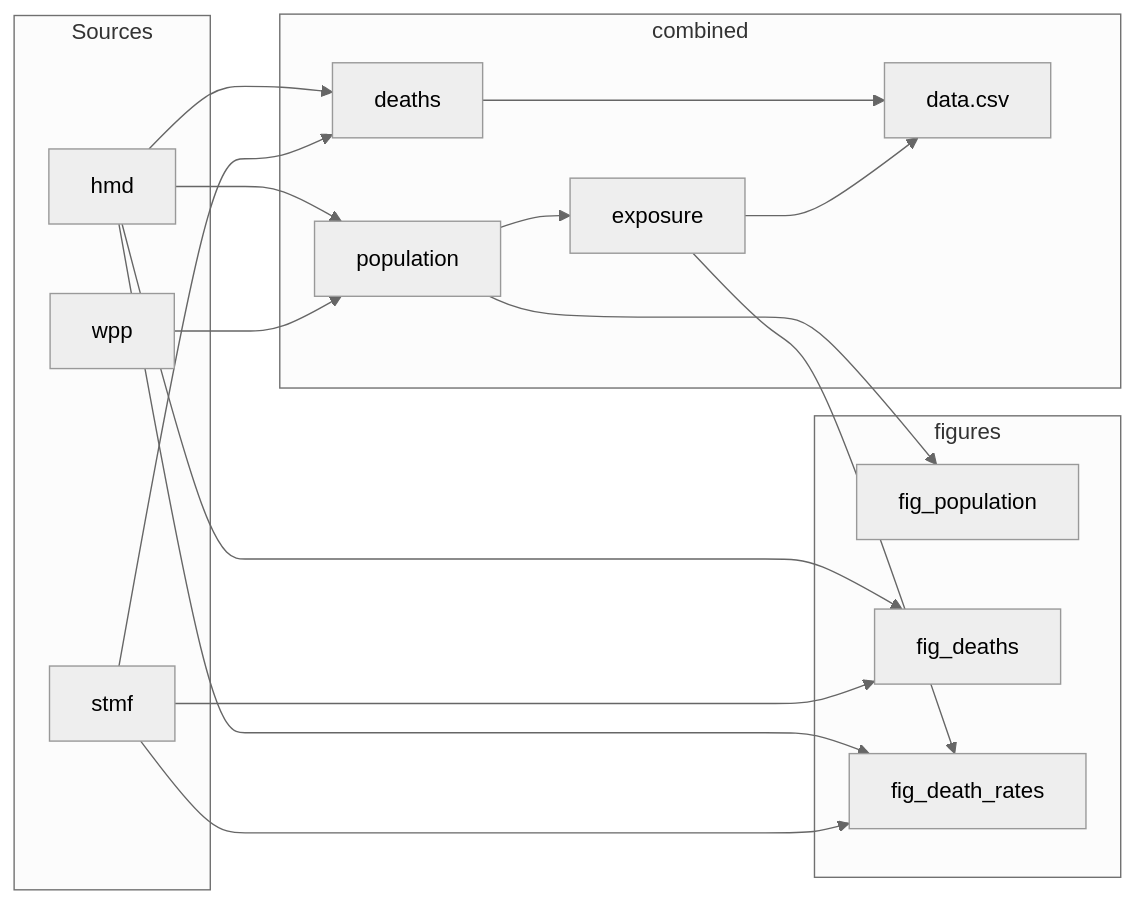
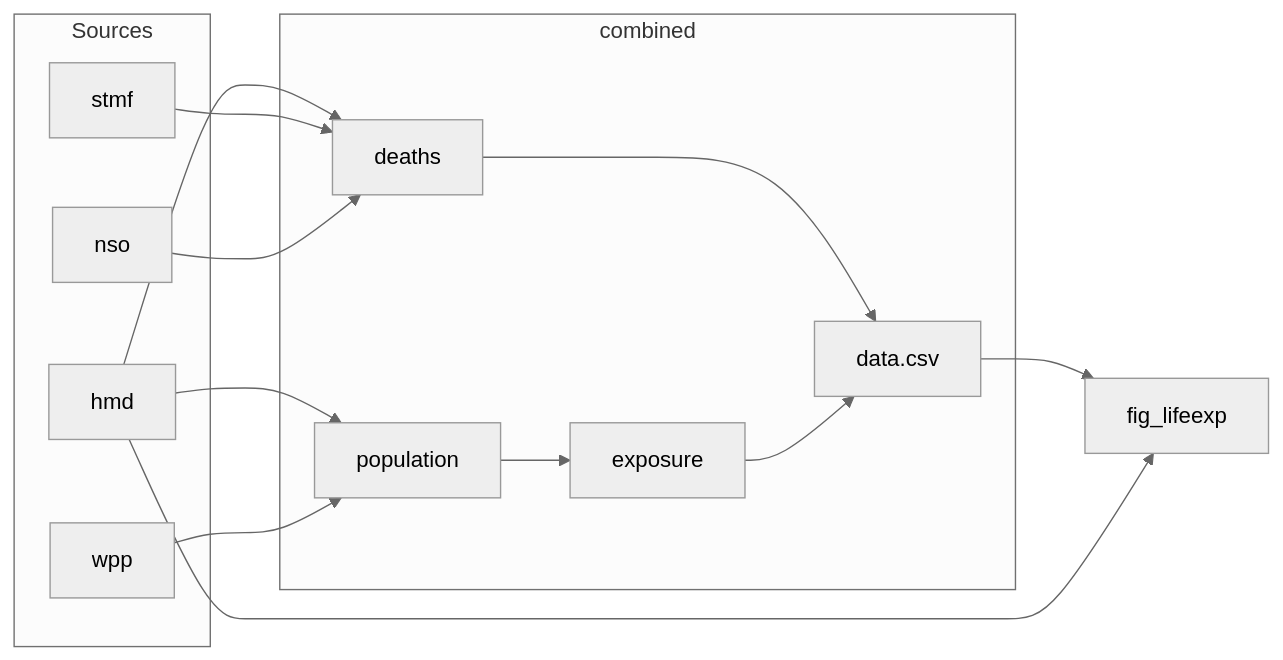
The diagram in README.md (bayesiandemography/multi-covid-data), drawn with Mermaid (neutral theme) before and after one commit. The commit also changed other lines of this file and 15 other files, not shown here.

First line of the commit message:
Check the data file against HMD life expectancy and match src to out.

````diff
--- a/README.md
+++ b/README.md
@@ -74,32 +71,25 @@
 ```mermaid
 flowchart LR
   subgraph sources [Sources]
     HMD[hmd]
     STMF[stmf]
     WPP[wpp]
+    NSO[nso]
   end
   subgraph combined [combined]
     Pop[population]
     Deaths[deaths]
     Exp[exposure]
     Data[data.csv]
   end
-  subgraph figs [figures]
-    FP[fig_population]
-    FD[fig_deaths]
-    FR[fig_death_rates]
-  end
   HMD --> Pop
   WPP --> Pop
   HMD --> Deaths
   STMF --> Deaths
+  NSO --> Deaths
   Pop --> Exp
   Deaths --> Data
   Exp --> Data
-  Pop --> FP
-  HMD --> FD
-  STMF --> FD
-  HMD --> FR
-  STMF --> FR
-  Exp --> FR
+  Data --> Life[fig_lifeexp]
+  HMD --> Life
 ```
````
